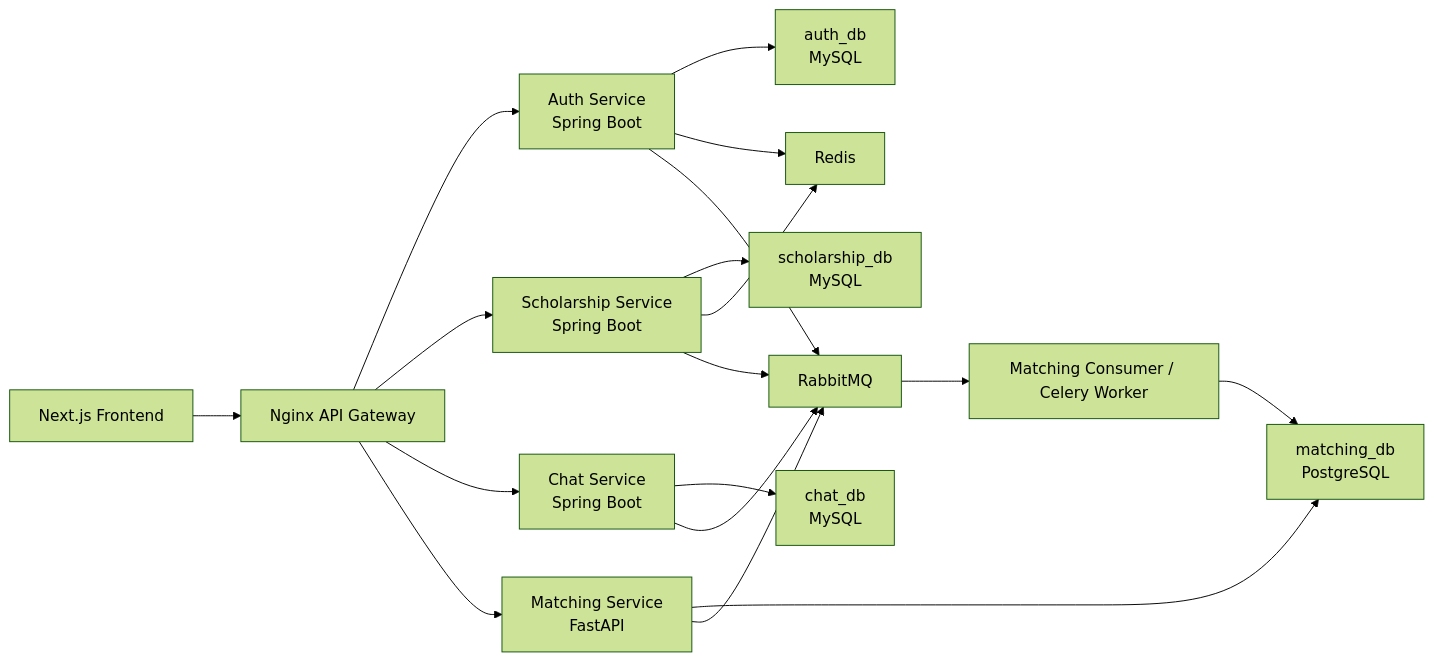
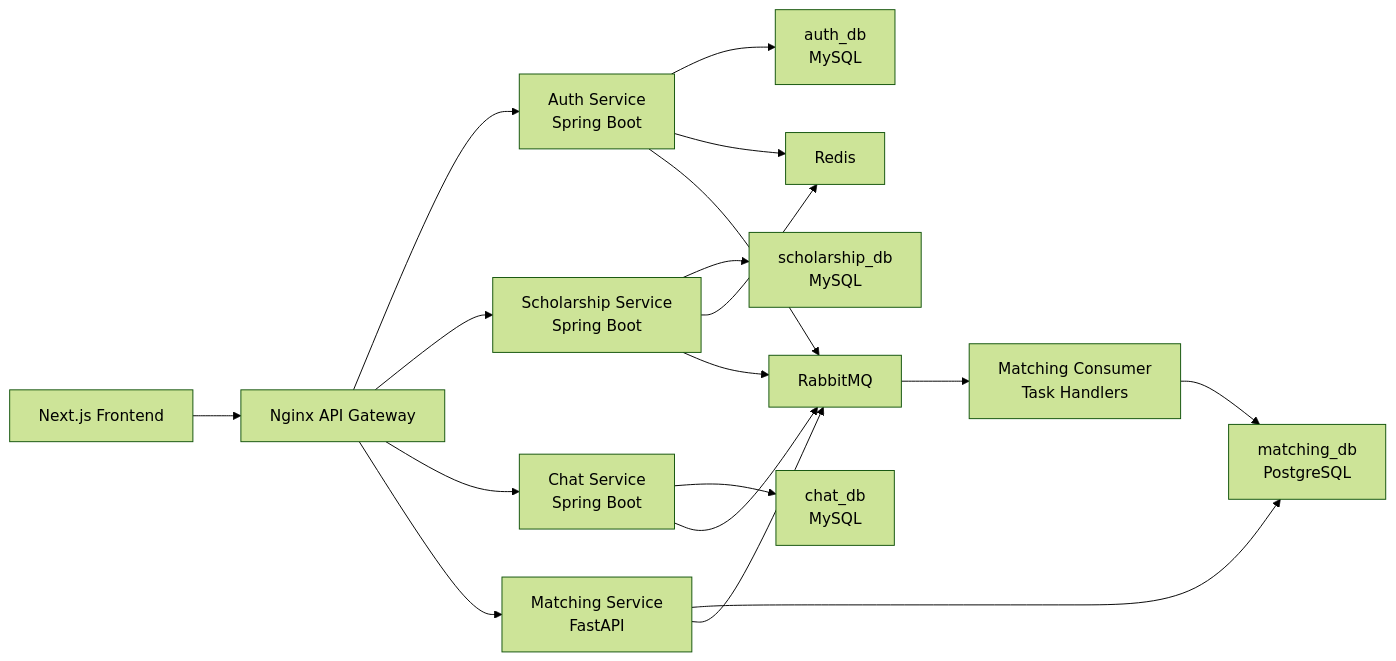
One commit to hunter875/edumatch-production changed the diagram in README.md. Above: the diagram before and after it, drawn with Mermaid (forest theme). The commit also changed other lines of this file and 16 other files, not shown here.

````diff
--- a/README.md
+++ b/README.md
@@ -33,23 +33,23 @@
 ```mermaid
 flowchart LR
     FE["Next.js Frontend"] --> GW["Nginx API Gateway"]
 
     GW --> AUTH["Auth Service<br/>Spring Boot"]
     GW --> SCH["Scholarship Service<br/>Spring Boot"]
     GW --> CHAT["Chat Service<br/>Spring Boot"]
     GW --> MATCH["Matching Service<br/>FastAPI"]
 
     AUTH --> AUTHDB["auth_db<br/>MySQL"]
     SCH --> SCHDB["scholarship_db<br/>MySQL"]
     CHAT --> CHATDB["chat_db<br/>MySQL"]
     MATCH --> MATCHDB["matching_db<br/>PostgreSQL"]
 
     AUTH --> REDIS["Redis"]
     SCH --> REDIS
     AUTH --> MQ["RabbitMQ"]
     SCH --> MQ
     CHAT --> MQ
     MATCH --> MQ
-    MQ --> WORKER["Matching Consumer / Celery Worker"]
+    MQ --> WORKER["Matching Consumer<br/>Task Handlers"]
     WORKER --> MATCHDB
 ```
````
